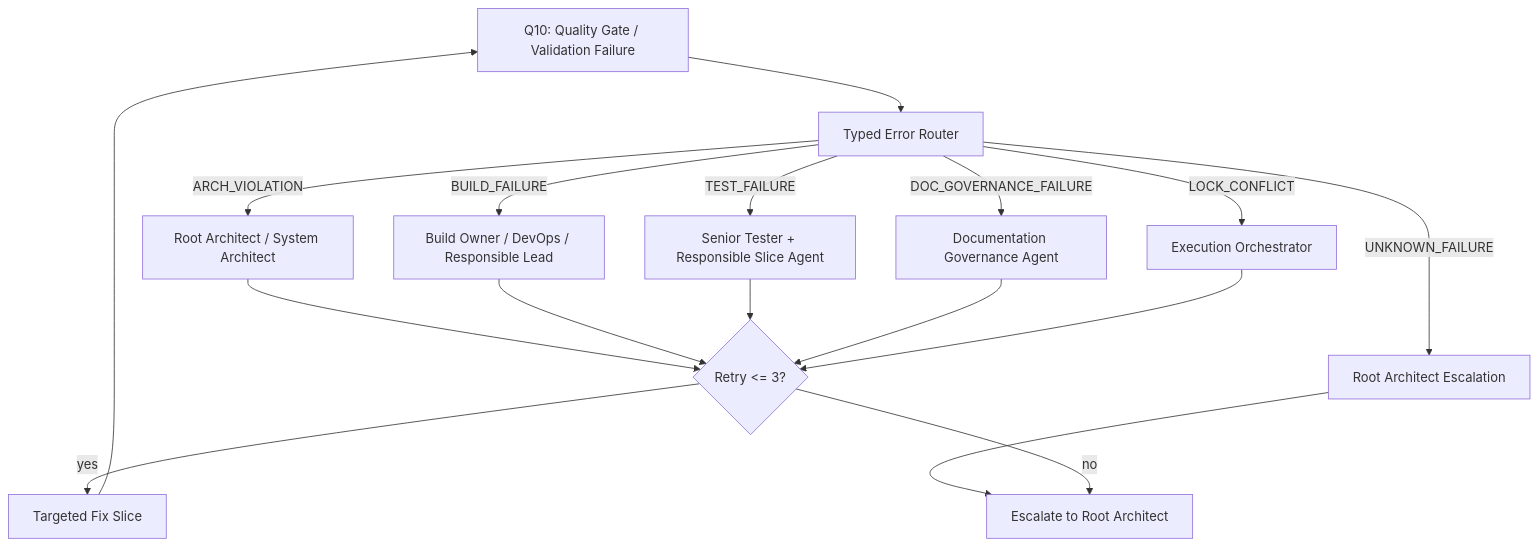
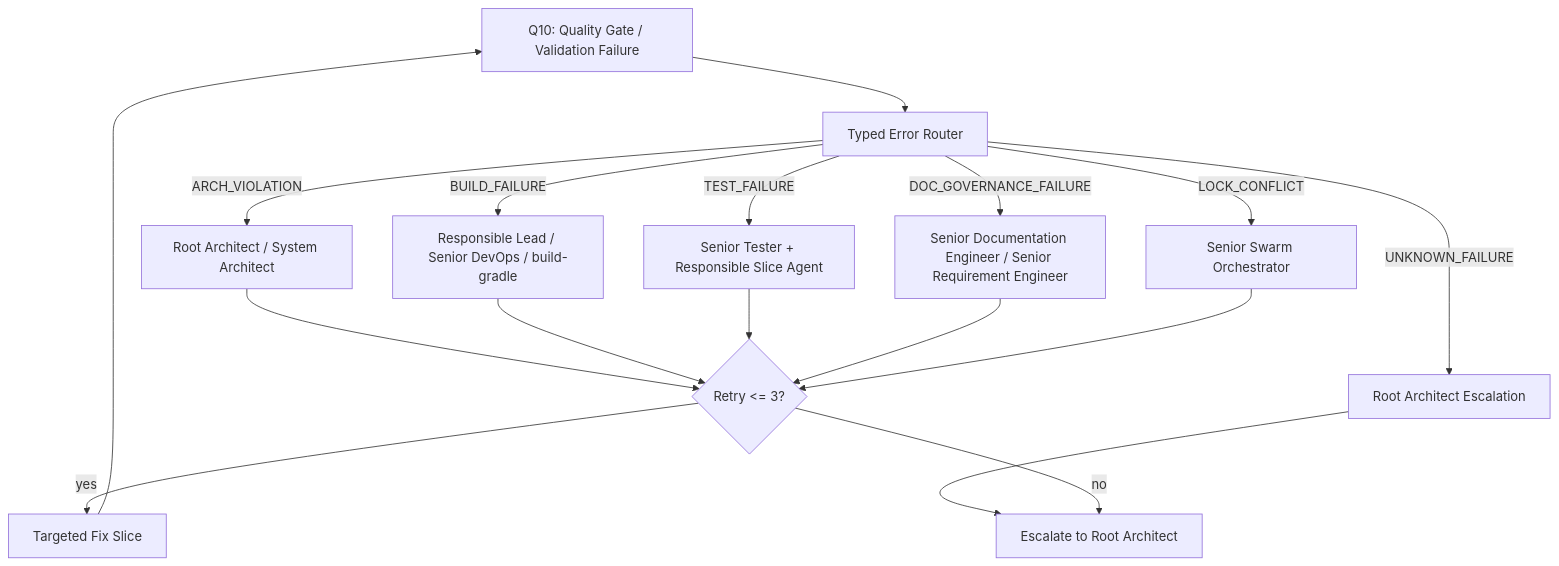
One commit to MatthiasBurger-Coder/forensic_analytics changed the second of 5 diagrams in docs/workflow/workflow.md. Above: the diagram before and after it, drawn with Mermaid. The commit also changed other lines of this file and 16 other files, not shown here.

First line of the commit message:
docs(slice-15): record governance flowchart adr

````diff
--- a/docs/workflow/workflow.md
+++ b/docs/workflow/workflow.md
@@ -402,19 +402,19 @@
 ```mermaid
 flowchart TD
     Q10["Q10: Quality Gate / Validation Failure"] --> R["Typed Error Router"]
     R -->|ARCH_VIOLATION| A["Root Architect / System Architect"]
-    R -->|BUILD_FAILURE| B["Build Owner / DevOps / Responsible Lead"]
+    R -->|BUILD_FAILURE| B["Responsible Lead / Senior DevOps / build-gradle"]
     R -->|TEST_FAILURE| T["Senior Tester + Responsible Slice Agent"]
-    R -->|DOC_GOVERNANCE_FAILURE| D["Documentation Governance Agent"]
-    R -->|LOCK_CONFLICT| L["Execution Orchestrator"]
+    R -->|DOC_GOVERNANCE_FAILURE| D["Senior Documentation Engineer / Senior Requirement Engineer"]
+    R -->|LOCK_CONFLICT| L["Senior Swarm Orchestrator"]
     R -->|UNKNOWN_FAILURE| X["Root Architect Escalation"]
     A --> RC{"Retry <= 3?"}
     B --> RC
     T --> RC
     D --> RC
     L --> RC
     X --> ESC["Escalate to Root Architect"]
     RC -->|yes| FIX["Targeted Fix Slice"]
     RC -->|no| ESC
     FIX --> Q10
 ```
````
